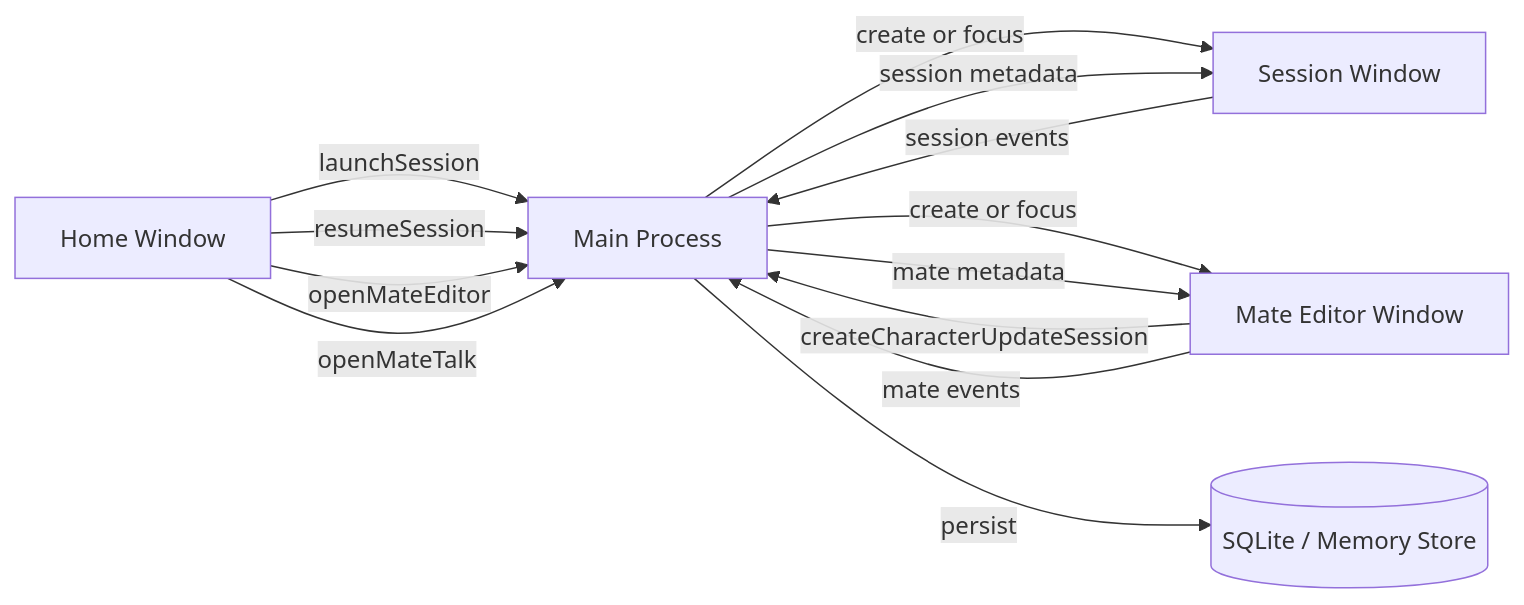
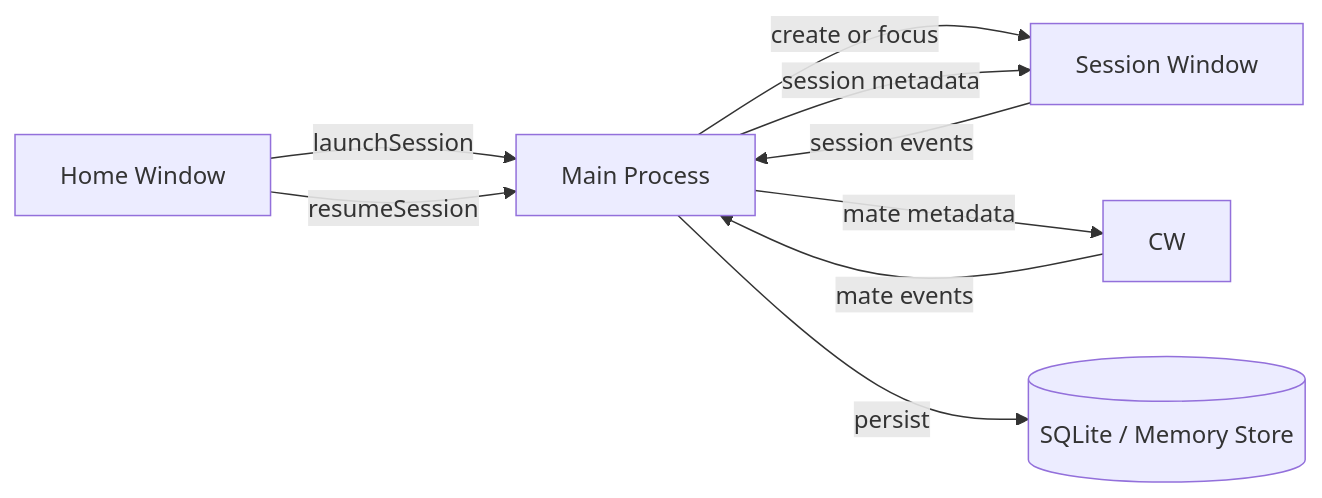
One commit to natumekazuki/WithMate changed the diagram in docs/design/window-architecture.md. Above: the diagram before and after it, drawn with Mermaid. The commit also changed other lines of this file and 56 other files, not shown here.

Commit message:
refactor(v5): legacy MateTalk runtimeを削除

````diff
--- a/docs/design/window-architecture.md
+++ b/docs/design/window-architecture.md
@@ -317,15 +285,11 @@
 ```mermaid
 flowchart LR
     HW[Home Window] -->|launchSession| MP[Main Process]
     HW -->|resumeSession| MP
-    HW -->|openMateEditor| MP
-    HW -->|openMateTalk| MP
     MP -->|create or focus| SW[Session Window]
-    MP -->|create or focus| CW[Mate Editor Window]
-    CW -->|createCharacterUpdateSession| MP
     MP -->|session metadata| SW
     MP -->|mate metadata| CW
     SW -->|session events| MP
     CW -->|mate events| MP
     MP -->|persist| DB[(SQLite / Memory Store)]
 ```
````
